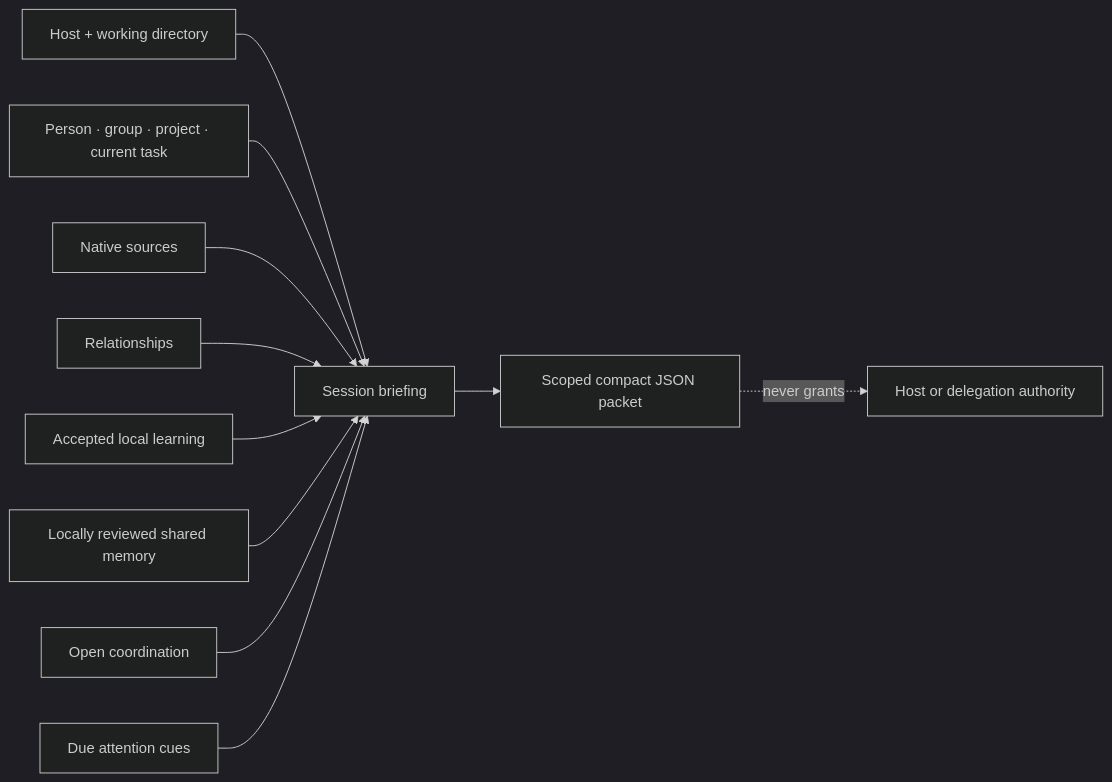
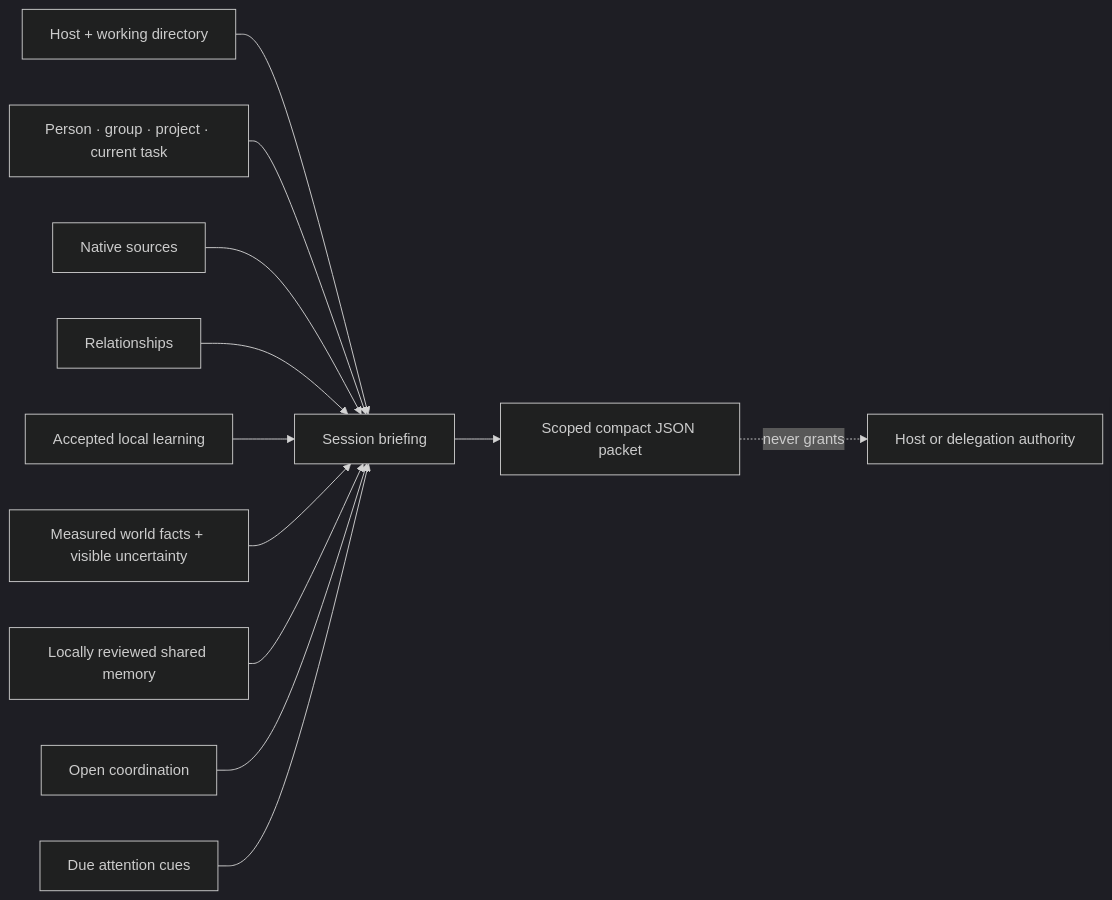
Before and after one commit to Maykbiletti/AgentSpine: the diagram in docs/session-briefing.md, drawn with Mermaid (dark theme). The commit also changed other lines of this file and 31 other files, not shown here.

````diff
--- a/docs/session-briefing.md
+++ b/docs/session-briefing.md
@@ -7,13 +7,14 @@
 ```mermaid
 flowchart LR
     H["Host + working directory"] --> B["Session briefing"]
     I["Person · group · project · current task"] --> B
     S["Native sources"] --> B
     R["Relationships"] --> B
     L["Accepted local learning"] --> B
+    W["Measured world facts + visible uncertainty"] --> B
     X["Locally reviewed shared memory"] --> B
     T["Open coordination"] --> B
     A["Due attention cues"] --> B
     B --> P["Scoped compact JSON packet"]
     P -. "never grants" .-> Z["Host or delegation authority"]
 ```
````
